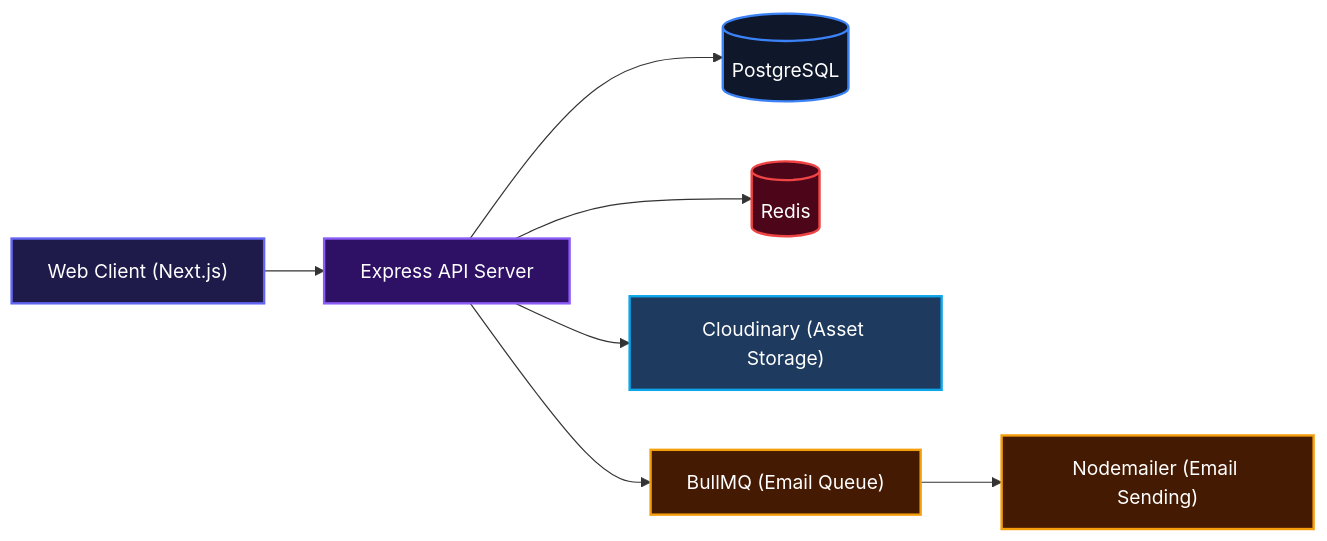
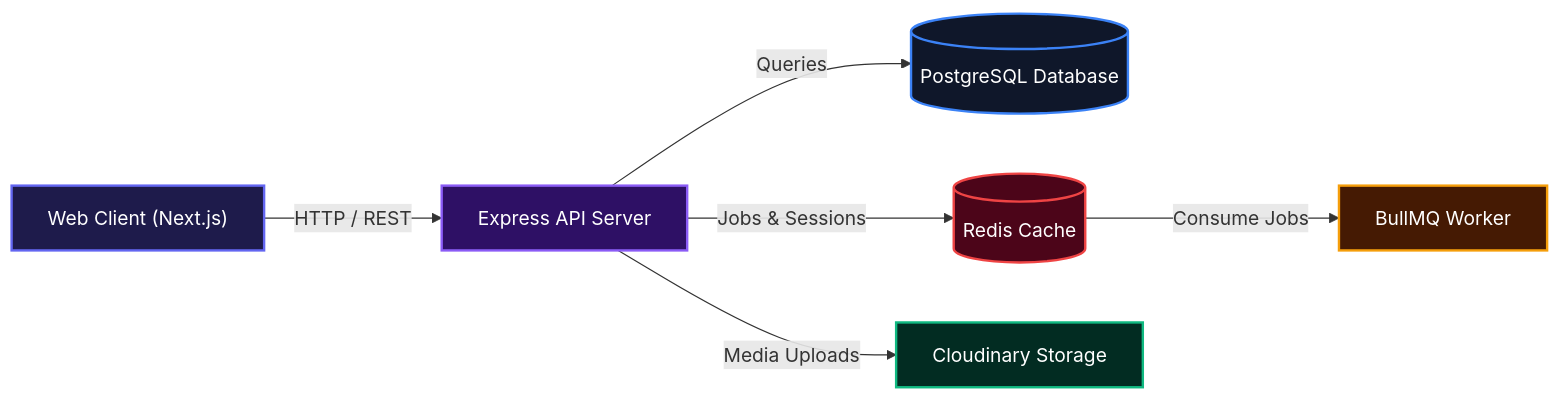
The first of 3 diagrams in README.md (skido600/ReadNest), drawn with Mermaid before and after one commit. The commit also changed other lines of this file and 64 other files, not shown here.

````diff
--- a/README.md
+++ b/README.md
@@ -13,25 +11,22 @@
 ```mermaid
 flowchart LR
-    Client["Web Client (Next.js)"]
-    API["Express API Server"]
-    Postgres[("PostgreSQL")]
-    Redis[("Redis")]
-    Cloudinary["Cloudinary (Asset Storage)"]
-    EmailQueue["BullMQ (Email Queue)"]
-    EmailService["Nodemailer (Email Sending)"]
+  Client["Web Client (Next.js)"]
+  API["Express API Server"]
+  Database[("PostgreSQL Database")]
+  Cache[("Redis Cache")]
+  CDN["Cloudinary Storage"]
+  Worker["BullMQ Worker"]
 
-    Client --> API
-    API --> Postgres
-    API --> Redis
-    API --> Cloudinary
-    API --> EmailQueue
-    EmailQueue --> EmailService
+  Client -- "HTTP / REST" --> API
+  API -- "Queries" --> Database
+  API -- "Jobs & Sessions" --> Cache
+  API -- "Media Uploads" --> CDN
+  Cache -- "Consume Jobs" --> Worker
 
-    style Client fill:#1e1b4b,stroke:#6366f1,stroke-width:2px,color:#fff
-    style API fill:#2e1065,stroke:#8b5cf6,stroke-width:2px,color:#fff
-    style Postgres fill:#0f172a,stroke:#3b82f6,stroke-width:2px,color:#fff
-    style Redis fill:#4c0519,stroke:#ef4444,stroke-width:2px,color:#fff
-    style Cloudinary fill:#1e3a5f,stroke:#0ea5e9,stroke-width:2px,color:#fff
-    style EmailQueue fill:#451a03,stroke:#f59e0b,stroke-width:2px,color:#fff
-    style EmailService fill:#451a03,stroke:#f59e0b,stroke-width:2px,color:#fff
+  style Client fill:#1e1b4b,stroke:#6366f1,stroke-width:2px,color:#fff
+  style API fill:#2e1065,stroke:#8b5cf6,stroke-width:2px,color:#fff
+  style Database fill:#0f172a,stroke:#3b82f6,stroke-width:2px,color:#fff
+  style Cache fill:#4c0519,stroke:#ef4444,stroke-width:2px,color:#fff
+  style CDN fill:#022c22,stroke:#10b981,stroke-width:2px,color:#fff
+  style Worker fill:#451a03,stroke:#f59e0b,stroke-width:2px,color:#fff
 ```
````
